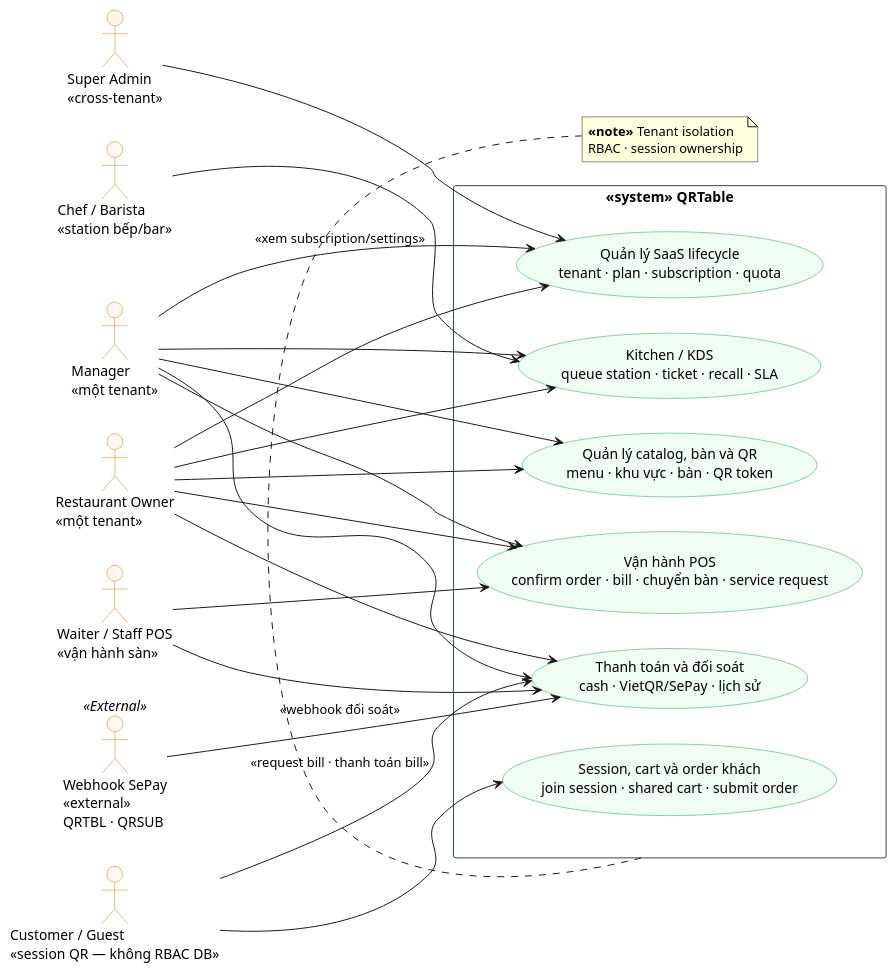
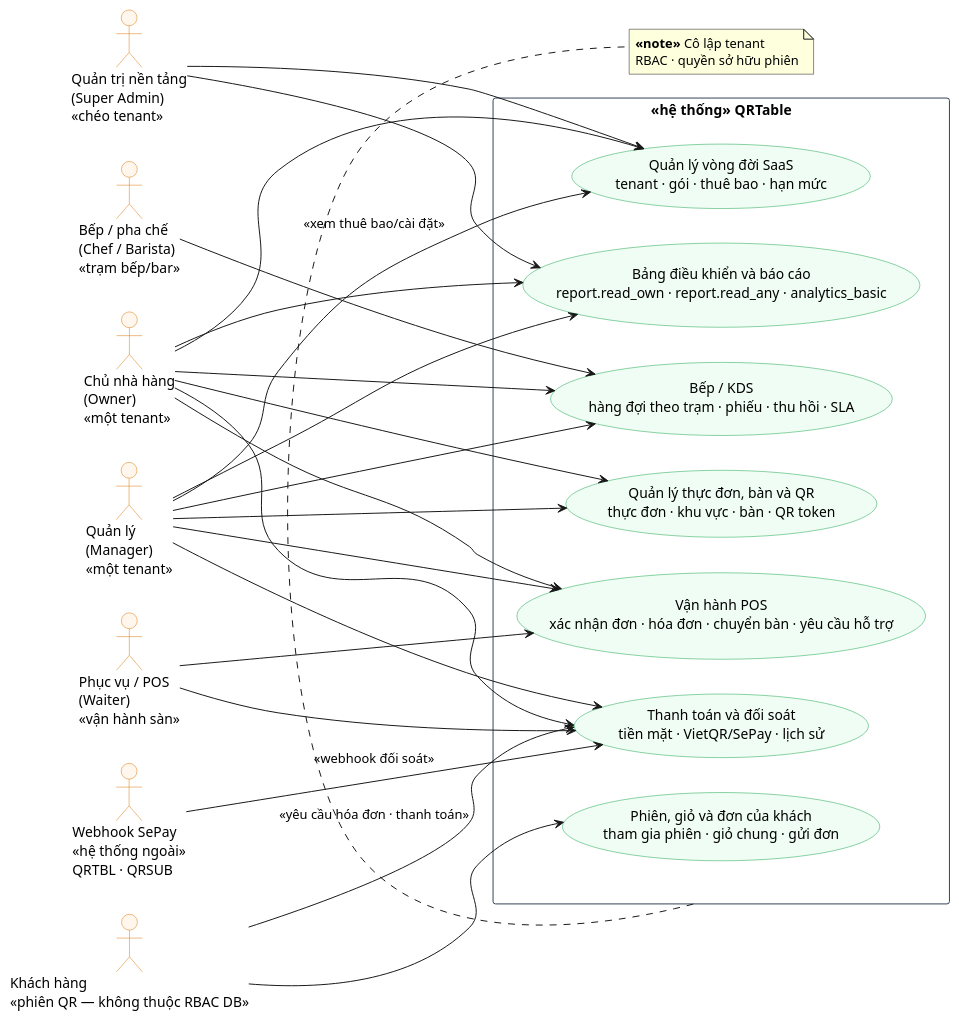
One commit to quan-vo-dinh/saas-pos-microservices-qrtable changed the diagram in docs/graduation-thesis-resources/thesis-report/assets/diagrams/chapter3-actor-use-case-overview.puml. Above: the diagram before and after it, drawn with PlantUML. The commit also changed 105 other files, not shown here.

```diff
--- a/docs/graduation-thesis-resources/thesis-report/assets/diagrams/chapter3-actor-use-case-overview.puml
+++ b/docs/graduation-thesis-resources/thesis-report/assets/diagrams/chapter3-actor-use-case-overview.puml
@@ -1,72 +1,76 @@
 @startuml chapter3-actor-use-case-overview
-' Hình 3.1 — Actor và nhóm use case chính (UML use case diagram)
+' Hình 3.1 — Tác nhân và nhóm trường hợp sử dụng chính (sơ đồ UML)
 ' Render: java -jar tools/plantuml.jar -charset UTF-8 -tpdf -o assets/figures assets/diagrams/chapter3-actor-use-case-overview.puml
 ' (chạy từ thư mục thesis-report)
 
 skinparam shadowing false
 skinparam backgroundColor white
 skinparam defaultFontName Arial
 skinparam packageStyle rectangle
 skinparam usecase {
   BackgroundColor #f0fdf4
   BorderColor #16a34a
 }
 skinparam actor {
   BackgroundColor #fff7ed
   BorderColor #d97706
 }
 skinparam rectangle {
   BorderColor #334155
   FontStyle bold
 }
 
 left to right direction
 
-actor "Super Admin\n<<cross-tenant>>" as SuperAdmin
-actor "Restaurant Owner\n<<một tenant>>" as Owner
-actor "Manager\n<<một tenant>>" as Manager
-actor "Waiter / Staff POS\n<<vận hành sàn>>" as Waiter
-actor "Chef / Barista\n<<station bếp/bar>>" as KitchenStaff
+actor "Quản trị nền tảng\n(Super Admin)\n<<chéo tenant>>" as SuperAdmin
+actor "Chủ nhà hàng\n(Owner)\n<<một tenant>>" as Owner
+actor "Quản lý\n(Manager)\n<<một tenant>>" as Manager
+actor "Phục vụ / POS\n(Waiter)\n<<vận hành sàn>>" as Waiter
+actor "Bếp / pha chế\n(Chef / Barista)\n<<trạm bếp/bar>>" as KitchenStaff
 
-rectangle "«system» QRTable" as QRTable {
-  usecase "Quản lý SaaS lifecycle\ntenant · plan · subscription · quota" as UC_Platform
-  usecase "Quản lý catalog, bàn và QR\nmenu · khu vực · bàn · QR token" as UC_Catalog
-  usecase "Session, cart và order khách\njoin session · shared cart · submit order" as UC_Ordering
-  usecase "Vận hành POS\nconfirm order · bill · chuyển bàn · service request" as UC_Pos
-  usecase "Kitchen / KDS\nqueue station · ticket · recall · SLA" as UC_Kds
-  usecase "Thanh toán và đối soát\ncash · VietQR/SePay · lịch sử" as UC_Payment
+rectangle "«hệ thống» QRTable" as QRTable {
+  usecase "Quản lý vòng đời SaaS\ntenant · gói · thuê bao · hạn mức" as UC_Platform
+  usecase "Bảng điều khiển và báo cáo\nreport.read_own · report.read_any · analytics_basic" as UC_Reporting
+  usecase "Quản lý thực đơn, bàn và QR\nthực đơn · khu vực · bàn · QR token" as UC_Catalog
+  usecase "Vận hành POS\nxác nhận đơn · hóa đơn · chuyển bàn · yêu cầu hỗ trợ" as UC_Pos
+  usecase "Bếp / KDS\nhàng đợi theo trạm · phiếu · thu hồi · SLA" as UC_Kds
+  usecase "Thanh toán và đối soát\ntiền mặt · VietQR/SePay · lịch sử" as UC_Payment
+  usecase "Phiên, giỏ và đơn của khách\ntham gia phiên · giỏ chung · gửi đơn" as UC_Ordering
 }
 
-actor "Customer / Guest\n<<session QR — không RBAC DB>>" as Customer
-actor "Webhook SePay\n<<external>>\nQRTBL · QRSUB" as Sepay <<External>>
+actor "Khách hàng\n<<phiên QR — không thuộc RBAC DB>>" as Customer
+actor "Webhook SePay\n<<hệ thống ngoài>>\nQRTBL · QRSUB" as Sepay
 
 SuperAdmin --> UC_Platform
+SuperAdmin --> UC_Reporting
 
 Owner --> UC_Platform
 Owner --> UC_Catalog
 Owner --> UC_Pos
 Owner --> UC_Kds
 Owner --> UC_Payment
+Owner --> UC_Reporting
 
-Manager --> UC_Platform : <<xem subscription/settings>>
+Manager --> UC_Platform : <<xem thuê bao/cài đặt>>
 Manager --> UC_Catalog
 Manager --> UC_Pos
 Manager --> UC_Kds
 Manager --> UC_Payment
+Manager --> UC_Reporting
 
 Waiter --> UC_Pos
 Waiter --> UC_Payment
 
 KitchenStaff --> UC_Kds
 
 Customer --> UC_Ordering
-Customer --> UC_Payment : <<request bill · thanh toán bill>>
+Customer --> UC_Payment : <<yêu cầu hóa đơn · thanh toán>>
 
 Sepay --> UC_Payment : <<webhook đối soát>>
 
 note bottom of QRTable
-  **«note»** Tenant isolation
-  RBAC · session ownership
+  **«note»** Cô lập tenant
+  RBAC · quyền sở hữu phiên
 end note
 
 @enduml
```
